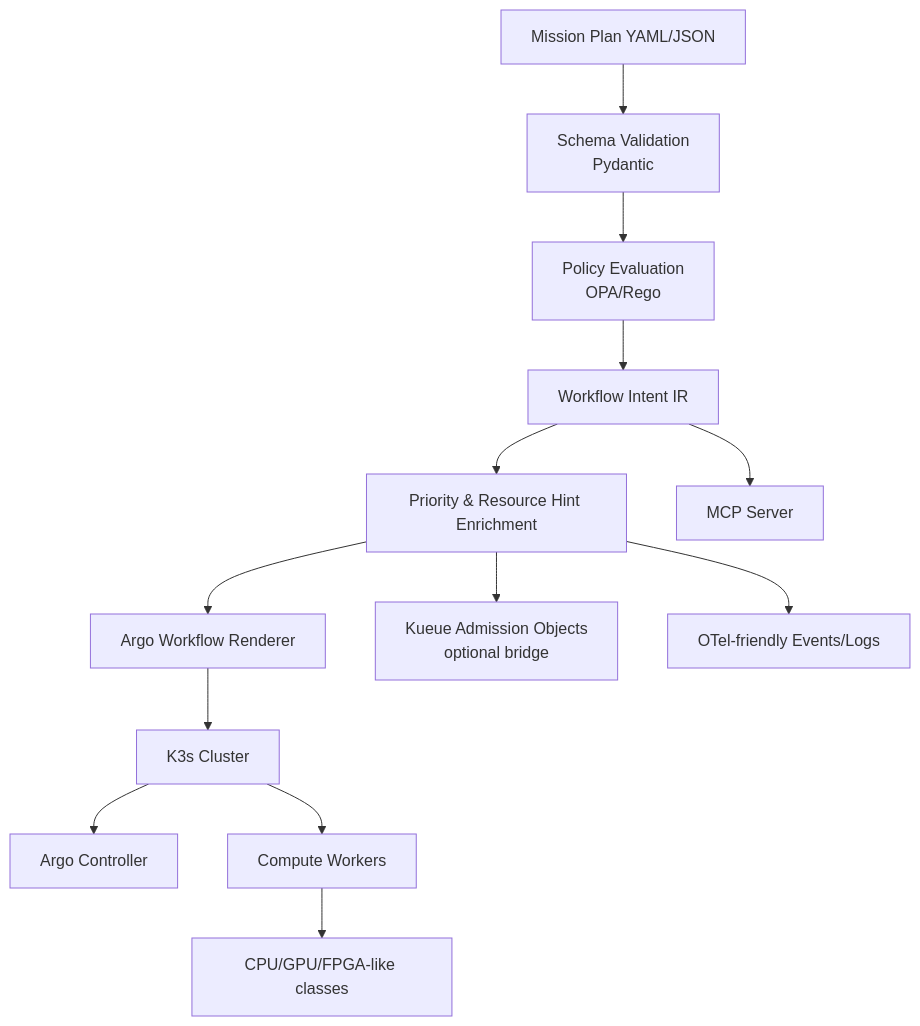
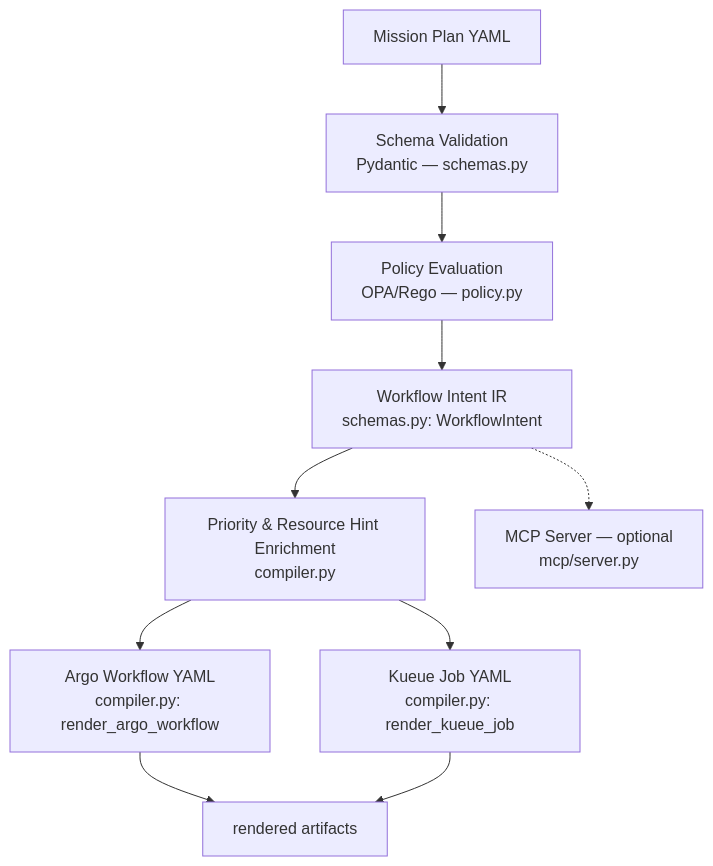
One commit to thc1006/orbital-mission-compiler changed the diagram in docs/04_architecture.md. Above: the diagram before and after it, drawn with Mermaid. The commit also changed other lines of this file and 77 other files, not shown here.

First line of the commit message:
ORCHIDE-aligned mission plan compiler: Phase 0-5.1

````diff
--- a/docs/04_architecture.md
+++ b/docs/04_architecture.md
@@ -6,15 +6,12 @@
 ```mermaid
 flowchart TD
-    A[Mission Plan YAML/JSON] --> B[Schema Validation<br/>Pydantic]
-    B --> C[Policy Evaluation<br/>OPA/Rego]
-    C --> D[Workflow Intent IR]
-    D --> E[Priority & Resource Hint Enrichment]
-    E --> F[Argo Workflow Renderer]
-    E --> G[Kueue Admission Objects<br/>optional bridge]
-    F --> H[K3s Cluster]
-    H --> I[Argo Controller]
-    H --> J[Compute Workers]
-    J --> K[CPU/GPU/FPGA-like classes]
-    D --> L[MCP Server]
-    E --> M[OTel-friendly Events/Logs]
+    A[Mission Plan YAML] --> B[Schema Validation<br/>Pydantic — schemas.py]
+    B --> C[Policy Evaluation<br/>OPA/Rego — policy.py]
+    C --> D[Workflow Intent IR<br/>schemas.py: WorkflowIntent]
+    D --> E[Priority & Resource Hint Enrichment<br/>compiler.py]
+    E --> F[Argo Workflow YAML<br/>compiler.py: render_argo_workflow]
+    E --> G[Kueue Job YAML<br/>compiler.py: render_kueue_job]
+    F --> H[rendered artifacts]
+    G --> H
+    D -.-> L[MCP Server — optional<br/>mcp/server.py]
 ```
````
